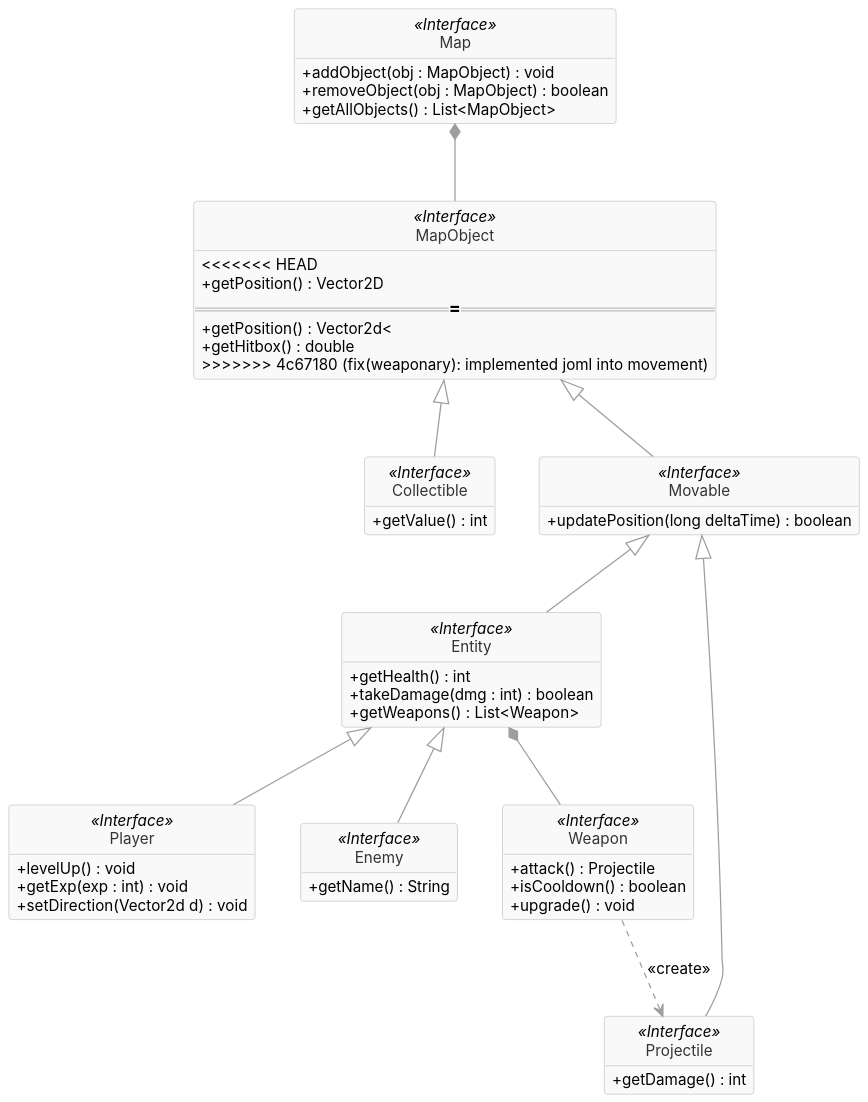
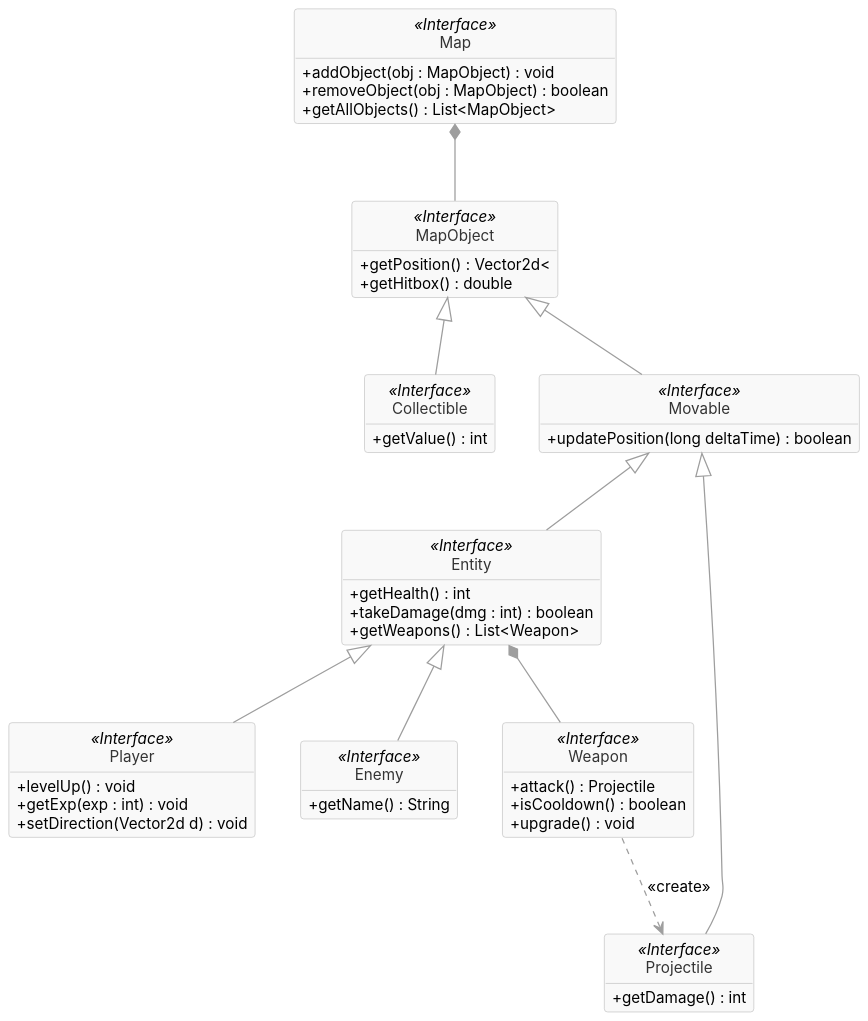
The diagram in report/uml/domain.puml (GiocoMatto/OOP25-wildenc), drawn with PlantUML before and after one commit. The commit also changed 2 other files, not shown here.

Commit message:
fix(weaponary): fixed uml

```diff
--- a/report/uml/domain.puml
+++ b/report/uml/domain.puml
@@ -1,100 +1,96 @@
 @startuml Domain
 
 ' =========================
 '  Style
 ' =========================
 
 skinparam shadowing false
 skinparam roundcorner 5
 skinparam dpi 150
 
 skinparam DefaultFontName "Inter"
 skinparam DefaultFontSize 12
 skinparam classAttributeIconSize 0
 
 skinparam class {
   BackgroundColor #F9F9F9
   BorderColor #BFBFBF
   FontColor #333333
 }
 
 skinparam Arrow {
   Color #9E9E9E
   Thickness 1
 }
 
 hide circle
 hide empty members
 
 ' =========================
 '  Classes
 ' =========================
 
 class Map <<Interface>> {
   +addObject(obj : MapObject) : void
   +removeObject(obj : MapObject) : boolean
   +getAllObjects() : List<MapObject>
 }
 
 class MapObject <<Interface>> {
-<<<<<<< HEAD
-  +getPosition() : Vector2D
-=======
   +getPosition() : Vector2d<
   +getHitbox() : double
->>>>>>> 4c67180 (fix(weaponary): implemented joml into movement)
 }
 
 class Collectible <<Interface>> {
   +getValue() : int
 }
 
 class Movable <<Interface>> {
   +updatePosition(long deltaTime) : boolean
 }
 
 class Entity <<Interface>> {
   +getHealth() : int
   +takeDamage(dmg : int) : boolean
   +getWeapons() : List<Weapon>
 }
 
 class Player <<Interface>> {
   +levelUp() : void
   +getExp(exp : int) : void
   +setDirection(Vector2d d) : void
 }
 
 class Enemy <<Interface>> {
   +getName() : String
 }
 
 class Weapon <<Interface>> {
   +attack() : Projectile
   +isCooldown() : boolean
   +upgrade() : void
 }
 
 class Projectile <<Interface>> {
   +getDamage() : int
 }
 
 ' =========================
 '  Relations
 ' =========================
 
 MapObject <|-- Collectible
 MapObject <|-- Movable
 
 Movable <|-- Entity
 Movable <|-- Projectile
 
 Entity <|-- Enemy
 Entity <|-- Player
 
 Entity *-- Weapon
 Map *-- MapObject
 
 Weapon ..> Projectile : <<create>>
 
 @enduml
```
